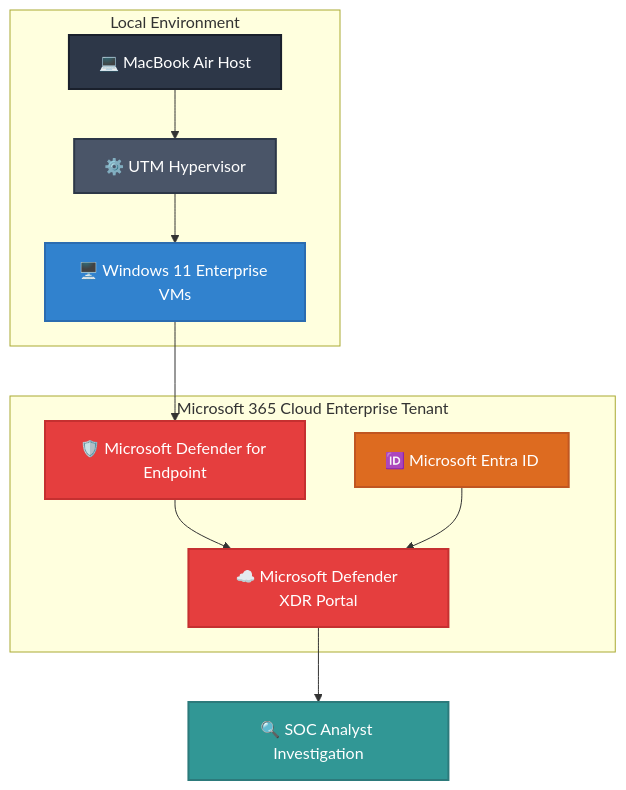
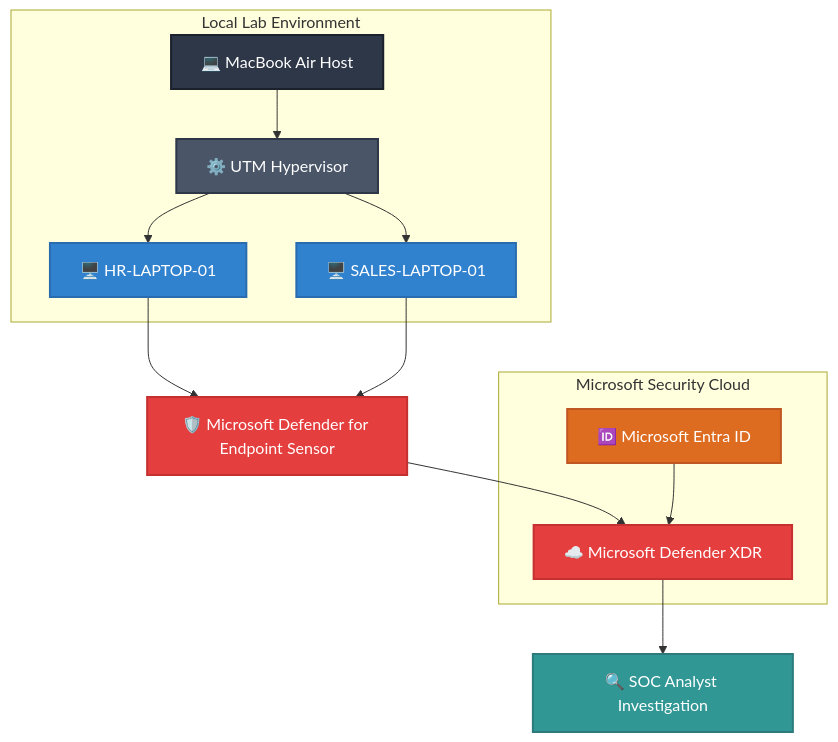
Before and after one commit to sachinpatil-soc/Enterprise-Microsoft-Defender-XDR-Lab: the diagram in README.md, drawn with Mermaid. The commit also changed other lines of this file, not shown here.

````diff
--- a/README.md
+++ b/README.md
@@ -14,42 +14,42 @@
  ``` mermaid
 graph TD
-    %% Define Styles
+    %% Styles
     classDef host fill:#2d3748,stroke:#1a202c,stroke-width:2px,color:#fff;
     classDef hyper fill:#4a5568,stroke:#2d3748,stroke-width:2px,color:#fff;
     classDef endpoint fill:#3182ce,stroke:#2b6cb0,stroke-width:2px,color:#fff;
     classDef security fill:#e53e3e,stroke:#c53030,stroke-width:2px,color:#fff;
     classDef identity fill:#dd6b20,stroke:#c05621,stroke-width:2px,color:#fff;
     classDef soc fill:#319795,stroke:#2c7a7b,stroke-width:2px,color:#fff;
 
-    %% Nodes
     A[💻 MacBook Air Host]:::host
     B[⚙️ UTM Hypervisor]:::hyper
-    C[🖥️ Windows 11 Enterprise VMs]:::endpoint
-    D[🛡️ Microsoft Defender for Endpoint]:::security
-    E[☁️ Microsoft Defender XDR Portal]:::security
+    C1[🖥️ HR-LAPTOP-01]:::endpoint
+    C2[🖥️ SALES-LAPTOP-01]:::endpoint
+    D[🛡️ Microsoft Defender for Endpoint Sensor]:::security
+    E[☁️ Microsoft Defender XDR]:::security
     F[🆔 Microsoft Entra ID]:::identity
     G[🔍 SOC Analyst Investigation]:::soc
 
-    %% Flow/Connections
     A --> B
-    B --> C
-    C --> D
+    B --> C1
+    B --> C2
+    C1 --> D
+    C2 --> D
     D --> E
     F --> E
     E --> G
 
-    %% Environments
-    subgraph Local Environment
-    A
-    B
-    C
+    subgraph Local_Lab["Local Lab Environment"]
+        A
+        B
+        C1
+        C2
     end
 
-    subgraph Microsoft 365 Cloud Enterprise Tenant
-    D
-    E
-    F
+    subgraph Microsoft_Cloud["Microsoft Security Cloud"]
+        E
+        F
     end
 
 
- ``` 
+ ```
````
